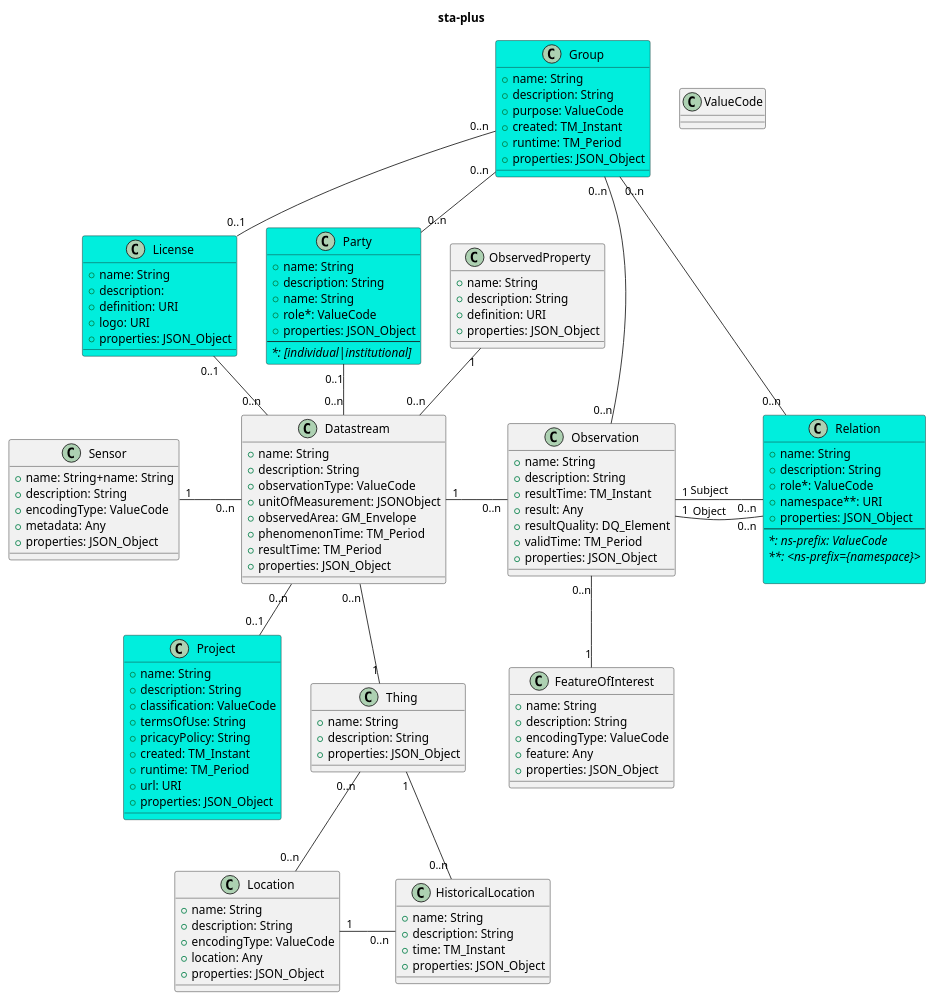
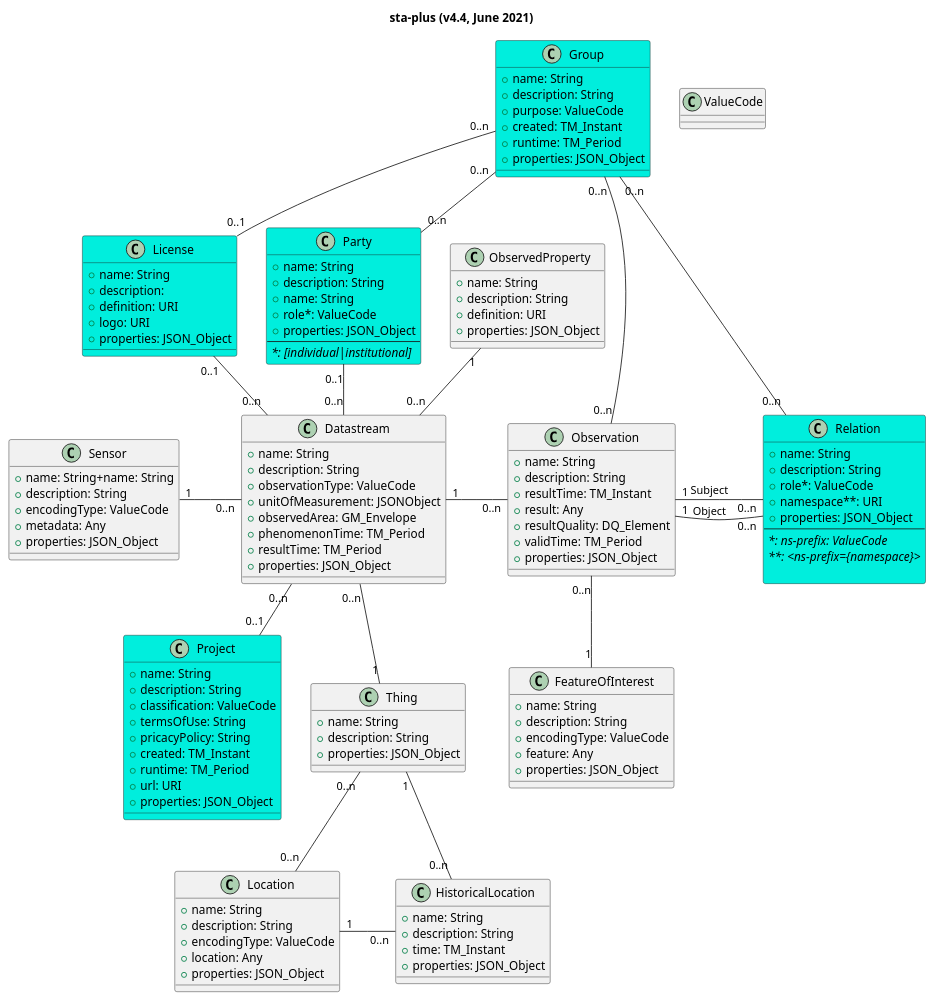
Before and after one commit to 52North/sensorweb-server-sta: the diagram in dao-citsci/docs/staplus.puml, drawn with PlantUML. The commit also changed 2 other files, not shown here.

```diff
--- a/dao-citsci/docs/staplus.puml
+++ b/dao-citsci/docs/staplus.puml
@@ -1,148 +1,148 @@
-@startuml 
-title sta-plus
+@startuml sta_plus_v4.4
+title sta-plus (v4.4, June 2021)
 
 
 class Sensor {
     +name: String+name: String
     +description: String
     +encodingType: ValueCode
     +metadata: Any
     +properties: JSON_Object
 }
 
 class ObservedProperty {
     +name: String
     +description: String
     +definition: URI
     +properties: JSON_Object
 }
 
 class Datastream {
     +name: String
     +description: String
     +observationType: ValueCode 
     +unitOfMeasurement: JSONObject
     +observedArea: GM_Envelope
     +phenomenonTime: TM_Period
     +resultTime: TM_Period
     +properties: JSON_Object
 }
 
 class Thing {
     +name: String
     +description: String
     +properties: JSON_Object
 }
 
 
 class Location {
     +name: String
     +description: String
     +encodingType: ValueCode
     +location: Any
     +properties: JSON_Object
 }
 
 class HistoricalLocation {
     +name: String
     +description: String
     +time: TM_Instant
     +properties: JSON_Object
 }
 
 class Observation {
     +name: String
     +description: String
     +resultTime: TM_Instant
     +result: Any
     +resultQuality: DQ_Element
     +validTime: TM_Period
     +properties: JSON_Object
 }
 
 class ValueCode {}
 
 class FeatureOfInterest {
     +name: String
     +description: String
     +encodingType: ValueCode
     +feature: Any
     +properties: JSON_Object
 
 }
 
 class Project #00EEDD {
     +name: String
     +description: String
     +classification: ValueCode
     +termsOfUse: String
     +pricacyPolicy: String
     +created: TM_Instant
     +runtime: TM_Period
     +url: URI
     +properties: JSON_Object
 }
 
 class Party #00EEDD {
     +name: String
     +description: String
     +name: String
     +role*: ValueCode
     +properties: JSON_Object
     ---
     <i>*: [individual|institutional]</i>
 }
 
 class License #00EEDD {
     +name: String
     +description: 
     +definition: URI
     +logo: URI
     +properties: JSON_Object
 }
 
 class Group #00EEDD {
     +name: String
     +description: String
     +purpose: ValueCode
     +created: TM_Instant
     +runtime: TM_Period
     +properties: JSON_Object
 }
 
 class Relation #00EEDD {
     +name: String
     +description: String
     +role*: ValueCode
     +namespace**: URI
     +properties: JSON_Object
     ---
     <i>*: ns-prefix: ValueCode</i>
     <i>**: <ns-prefix={namespace}></i>
 
 }
 
 
 Datastream "0..n" -left- "1" Sensor: "           "
 Datastream "0..n" -up- "1" ObservedProperty
 Datastream "0..n" -- "1" Thing
 Datastream "1" -right- "0..n" Observation: "           "
 
 Observation "0..n" -- "1" FeatureOfInterest
 
 Location "0..n" -up- "0..n" Thing
 Location "1" -right- "0..n" HistoricalLocation: "         "
 HistoricalLocation "0..n" -right- "1" Thing
 
 Datastream "0..n" -- "0..1" Project
 Datastream "0..n" -up- "0..1" Party
 Datastream "0..n" -up- "0..1" License
 
 Group "0..n" -- "0..1" License
 Group "0..n" -- "0..n" Party
 Group "0..n" -- "0..n" Observation
 Group "0..n" -- "0..n" Relation
 Observation "1" - "0..n" Relation: "Subject       "      
 Observation "1" - "0..n" Relation: "Object       "
 
 @enduml
```
